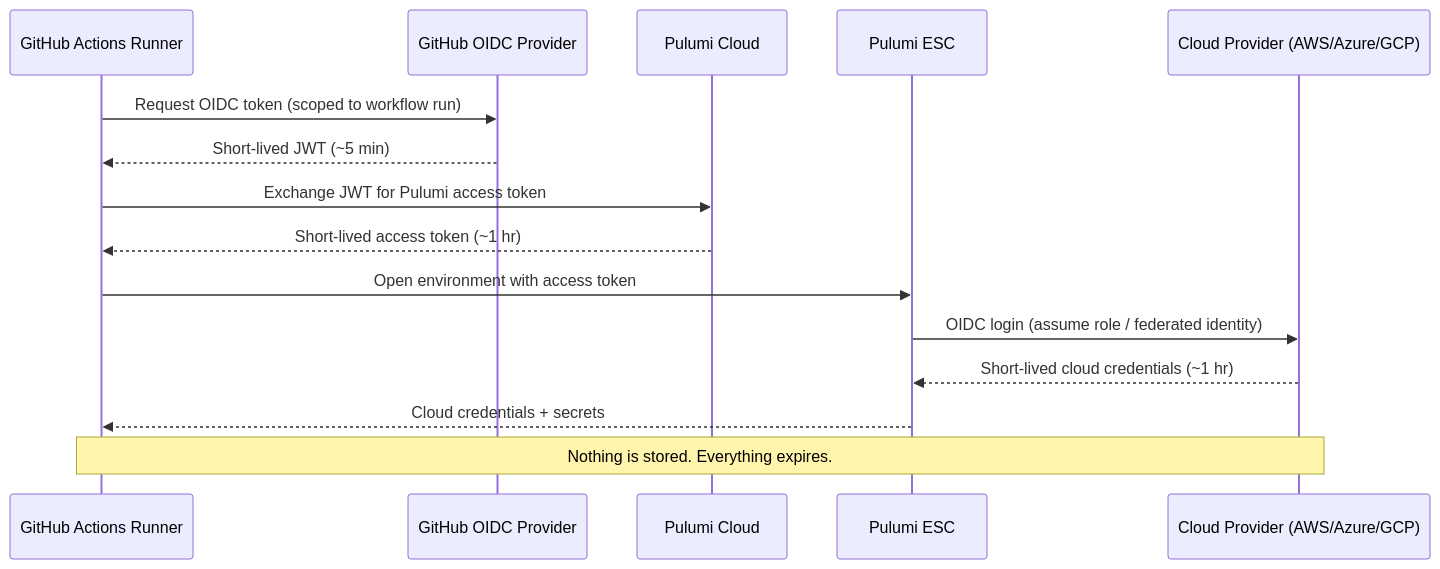
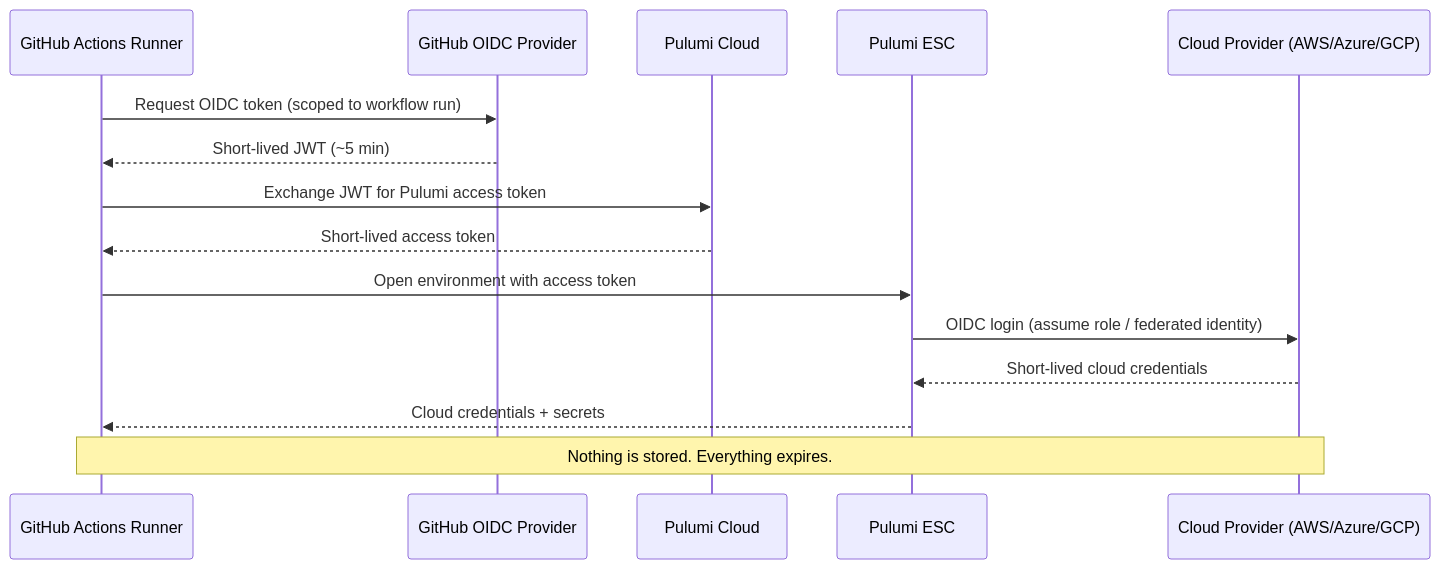
Before and after one commit to pulumi/docs: the diagram in content/blog/eliminating-ci-secrets-with-pulumi-esc/index.md, drawn with Mermaid. The commit also changed other lines of this file, not shown here.

````diff
--- a/content/blog/eliminating-ci-secrets-with-pulumi-esc/index.md
+++ b/content/blog/eliminating-ci-secrets-with-pulumi-esc/index.md
@@ -50,18 +50,18 @@
 ```mermaid
 sequenceDiagram
     participant Runner as GitHub Actions Runner
     participant GH as GitHub OIDC Provider
     participant PC as Pulumi Cloud
     participant ESC as Pulumi ESC
     participant Cloud as Cloud Provider (AWS/Azure/GCP)
 
     Runner->>GH: Request OIDC token (scoped to workflow run)
     GH-->>Runner: Short-lived JWT (~5 min)
     Runner->>PC: Exchange JWT for Pulumi access token
-    PC-->>Runner: Short-lived access token (~1 hr)
+    PC-->>Runner: Short-lived access token
     Runner->>ESC: Open environment with access token
     ESC->>Cloud: OIDC login (assume role / federated identity)
-    Cloud-->>ESC: Short-lived cloud credentials (~1 hr)
+    Cloud-->>ESC: Short-lived cloud credentials
     ESC-->>Runner: Cloud credentials + secrets
     Note over Runner,Cloud: Nothing is stored. Everything expires.
 ```
````
